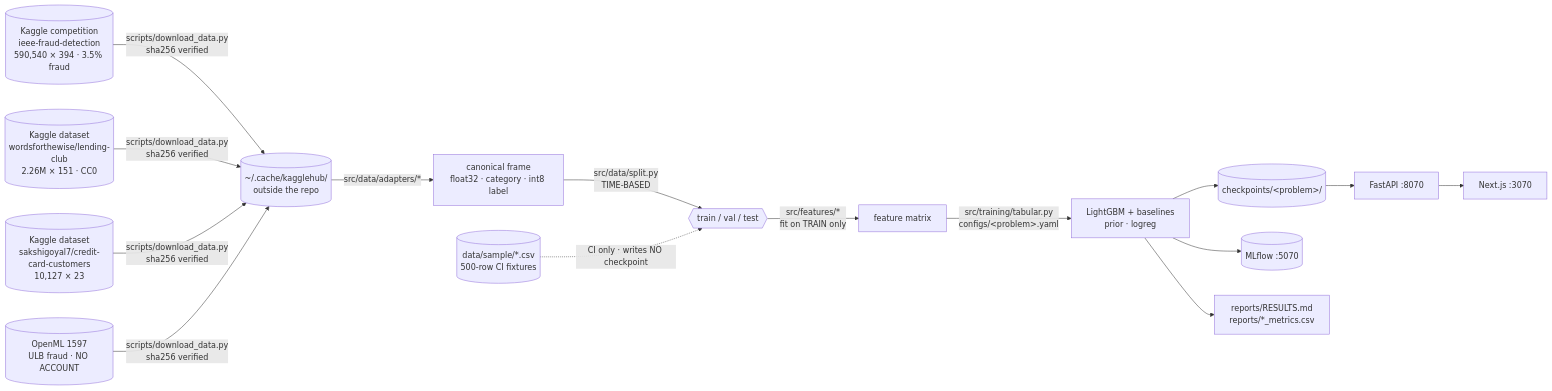
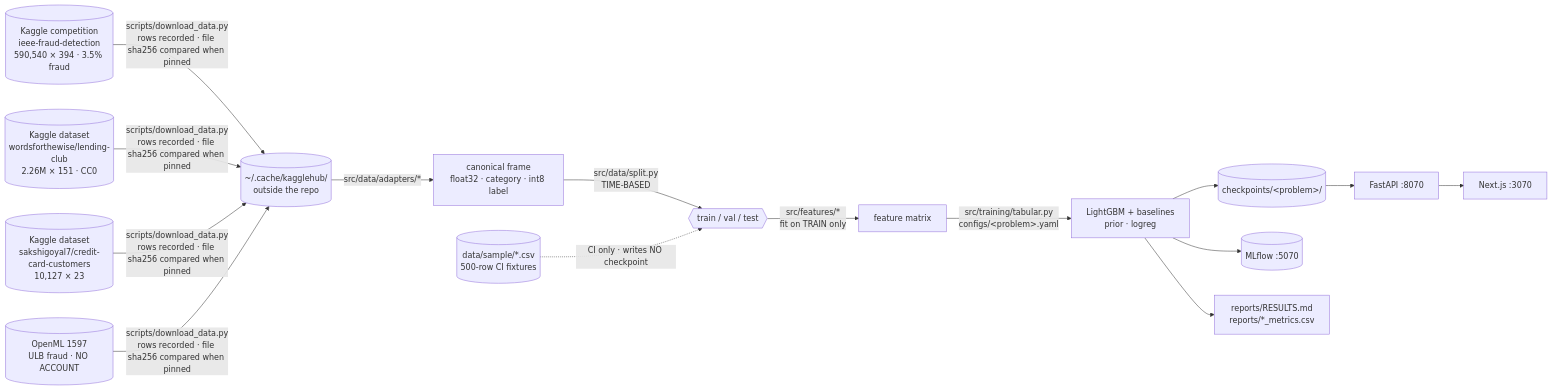
Before and after one commit to armandogon94/Portfolio-ML-System: the diagram in docs/diagrams/pipeline-dag.mmd, drawn with Mermaid. The commit also changed 51 other files, not shown here.

```diff
--- a/docs/diagrams/pipeline-dag.mmd
+++ b/docs/diagrams/pipeline-dag.mmd
@@ -1,15 +1,15 @@
 flowchart LR
     K1[("Kaggle competition<br/>ieee-fraud-detection<br/>590,540 × 394 · 3.5% fraud")]
     K2[("Kaggle dataset<br/>wordsforthewise/lending-club<br/>2.26M × 151 · CC0")]
     K3[("Kaggle dataset<br/>sakshigoyal7/credit-card-customers<br/>10,127 × 23")]
     OML[("OpenML 1597<br/>ULB fraud · NO ACCOUNT")]
-    K1 & K2 & K3 & OML -->|"scripts/download_data.py<br/>sha256 verified"| C[("~/.cache/kagglehub/<br/>outside the repo")]
+    K1 & K2 & K3 & OML -->|"scripts/download_data.py<br/>rows recorded · file sha256 compared when pinned"| C[("~/.cache/kagglehub/<br/>outside the repo")]
     C -->|"src/data/adapters/*"| P["canonical frame<br/>float32 · category · int8 label"]
     P -->|"src/data/split.py<br/>TIME-BASED"| T{{"train / val / test"}}
     T -->|"src/features/*<br/>fit on TRAIN only"| X["feature matrix"]
     X -->|"src/training/tabular.py<br/>configs/&lt;problem&gt;.yaml"| MDL["LightGBM + baselines<br/>prior · logreg"]
     MDL --> CK[("checkpoints/&lt;problem&gt;/")]
     MDL --> ML[("MLflow :5070")]
     MDL --> RES["reports/RESULTS.md<br/>reports/*_metrics.csv"]
     CK --> API["FastAPI :8070"] --> WEB["Next.js :3070"]
     SMP[("data/sample/*.csv<br/>500-row CI fixtures")] -.->|"CI only · writes NO checkpoint"| T
```
